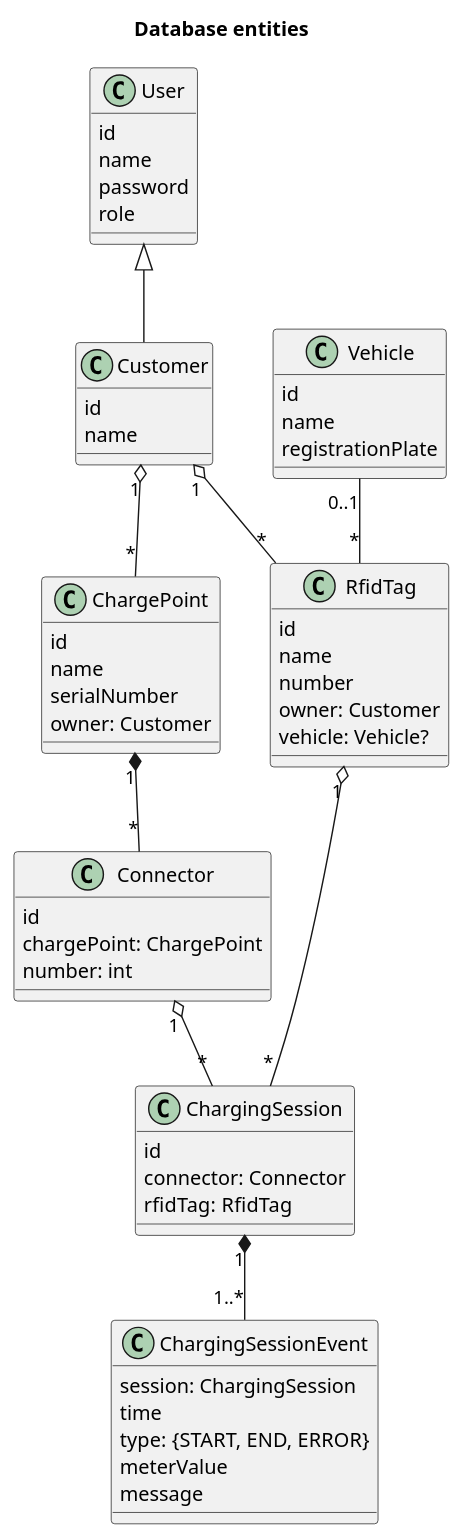
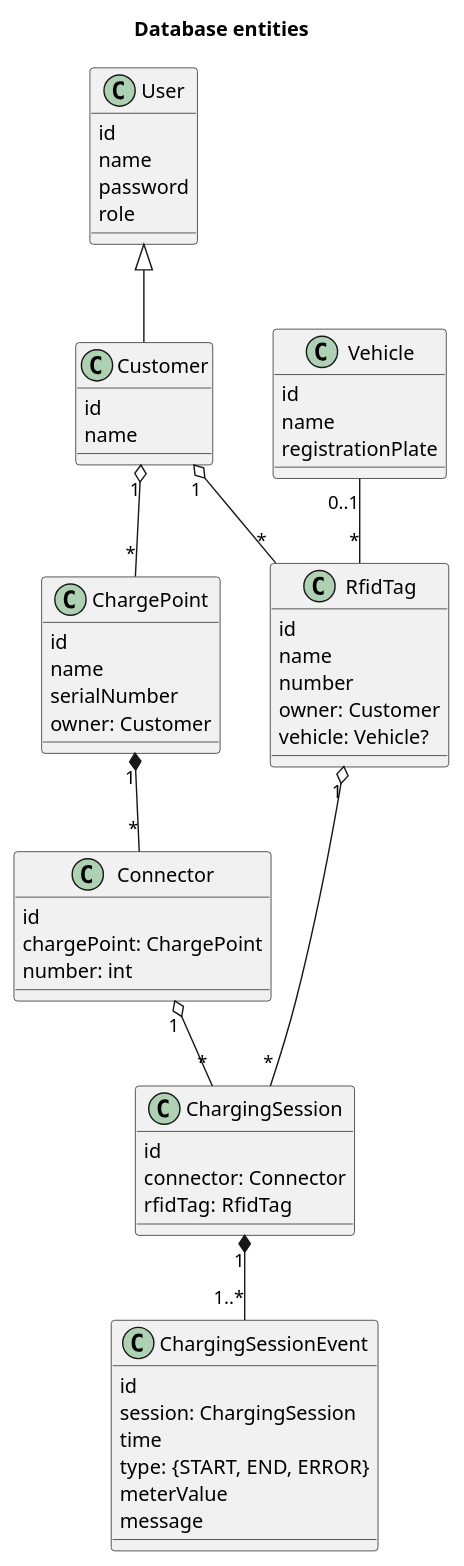
The diagram in docs/entities.puml (gelin/netvalue-code-challenge), drawn with PlantUML before and after one commit. The commit also changed 11 other files, not shown here.

```diff
--- a/docs/entities.puml
+++ b/docs/entities.puml
@@ -1,73 +1,74 @@
 @startuml
 
 title Database entities
 
 class User {
     id
     name
     password
     role
 }
 
 class Customer {
     id
     name
 }
 
 User <|-- Customer
 
 class ChargePoint {
     id
     name
     serialNumber
     owner: Customer
 }
 
 Customer "1" o-- "*" ChargePoint
 
 class Connector {
     id
     chargePoint: ChargePoint
     number: int
 }
 
 ChargePoint "1" *-- "*" Connector
 
 class RfidTag {
     id
     name
     number
     owner: Customer
     vehicle: Vehicle?
 }
 
 Customer "1" o-- "*" RfidTag
 
 class Vehicle {
     id
     name
     registrationPlate
 }
 
 Vehicle "0..1" -- "*" RfidTag
 
 class ChargingSession {
     id
     connector: Connector
     rfidTag: RfidTag
 }
 
 Connector "1" o-- "*" ChargingSession
 RfidTag "1" o-- "*" ChargingSession
 
 class ChargingSessionEvent {
+    id
     session: ChargingSession
     time
     type: {START, END, ERROR}
     meterValue
     message
 }
 
 ChargingSession "1" *-- "1..*" ChargingSessionEvent
 
 @enduml
```
